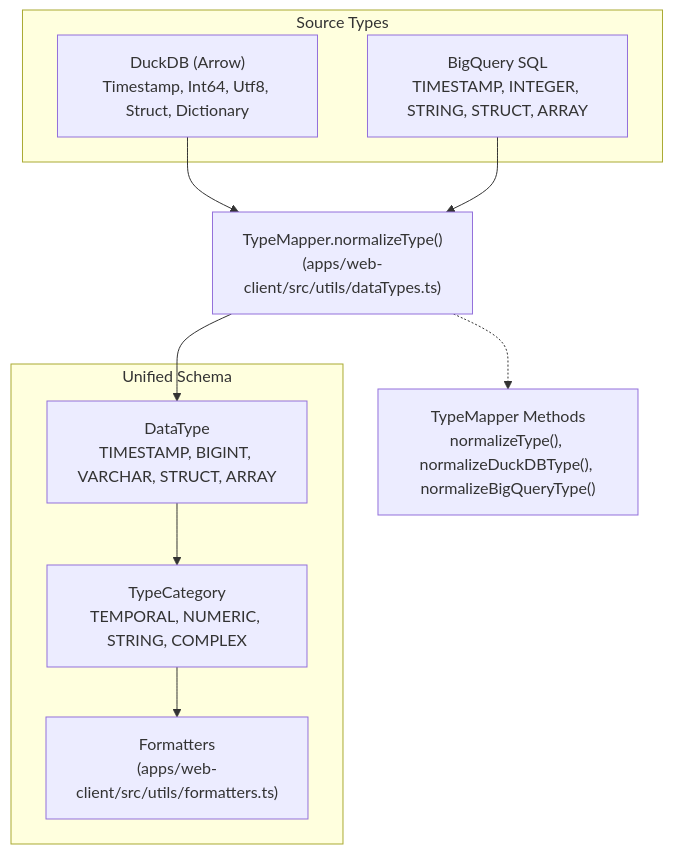
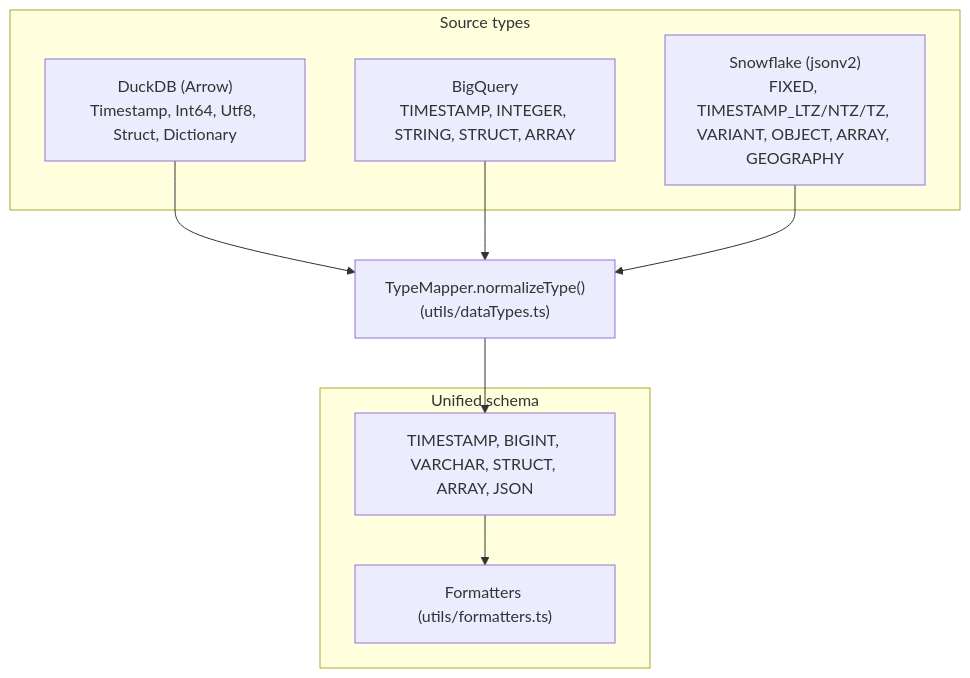
The sixth of 9 diagrams in docs/ARCHITECTURE.md (hfmsio/dbxlite), drawn with Mermaid before and after one commit. The commit also changed other lines of this file and 154 other files, not shown here.

First line of the commit message:
release: v0.3.0 - Snowflake connector + AI SQL assistant

````diff
--- a/docs/ARCHITECTURE.md
+++ b/docs/ARCHITECTURE.md
@@ -552,24 +211,17 @@
 ```mermaid
 flowchart TB
-    subgraph Sources["Source Types"]
+    subgraph Sources["Source types"]
         DuckDB["DuckDB (Arrow)<br/>Timestamp, Int64, Utf8, Struct, Dictionary"]
-        BQ["BigQuery SQL<br/>TIMESTAMP, INTEGER, STRING, STRUCT, ARRAY"]
+        BQ["BigQuery<br/>TIMESTAMP, INTEGER, STRING, STRUCT, ARRAY"]
+        SF["Snowflake (jsonv2)<br/>FIXED, TIMESTAMP_LTZ/NTZ/TZ, VARIANT, OBJECT, ARRAY, GEOGRAPHY"]
     end
-
-    Mapper["TypeMapper.normalizeType()<br/>(apps/web-client/src/utils/dataTypes.ts)"]
-
-    subgraph Unified["Unified Schema"]
-        DataType["DataType<br/>TIMESTAMP, BIGINT, VARCHAR, STRUCT, ARRAY"]
-        Category["TypeCategory<br/>TEMPORAL, NUMERIC, STRING, COMPLEX"]
-        Formatters["Formatters<br/>(apps/web-client/src/utils/formatters.ts)"]
+    Mapper["TypeMapper.normalizeType()<br/>(utils/dataTypes.ts)"]
+    subgraph Unified["Unified schema"]
+        DataType["TIMESTAMP, BIGINT, VARCHAR, STRUCT, ARRAY, JSON"]
+        Fmt["Formatters (utils/formatters.ts)"]
     end
-
     DuckDB --> Mapper
     BQ --> Mapper
-    Mapper --> DataType
-    DataType --> Category
-    Category --> Formatters
-
-    Details["TypeMapper Methods<br/>normalizeType(), normalizeDuckDBType(), normalizeBigQueryType()"]
-    Mapper -.-> Details
+    SF --> Mapper
+    Mapper --> DataType --> Fmt
 ```
````
